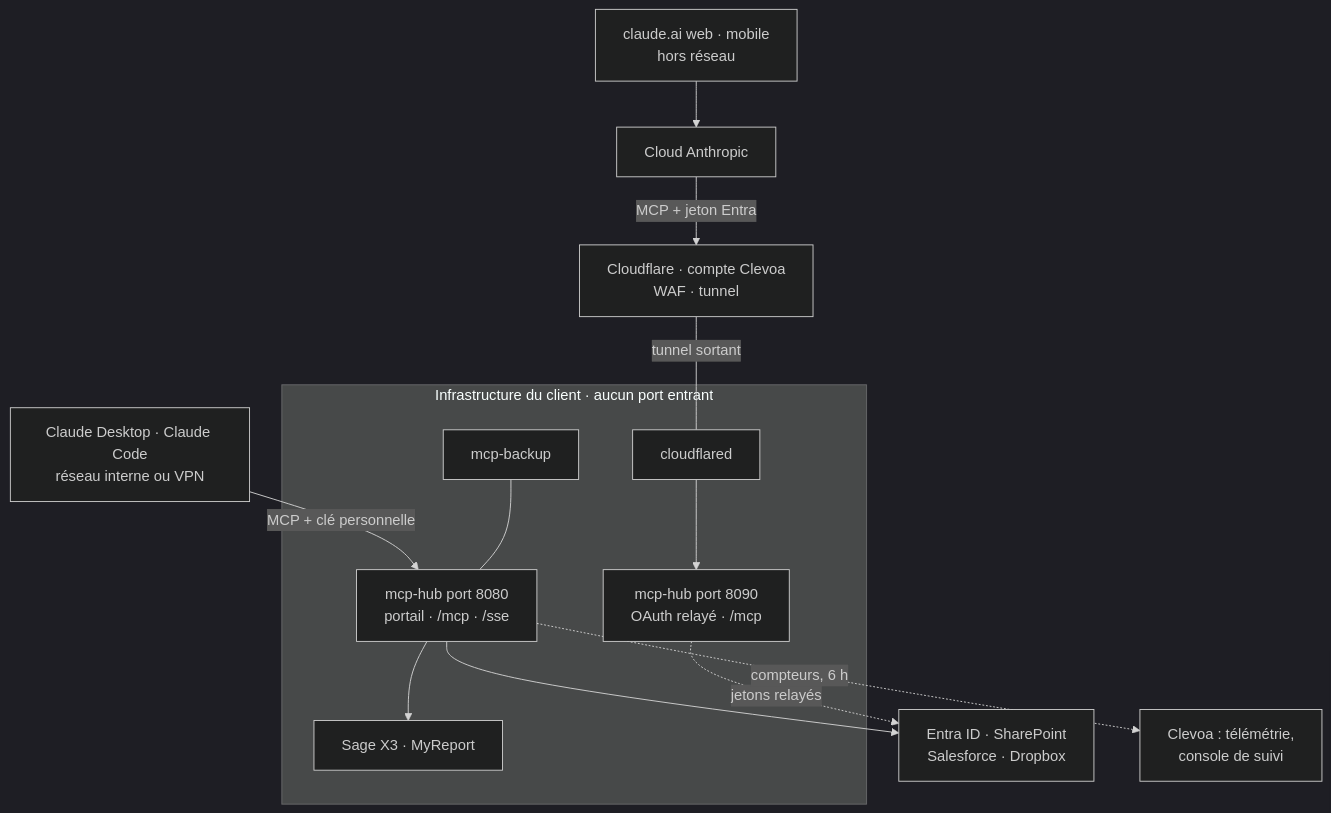
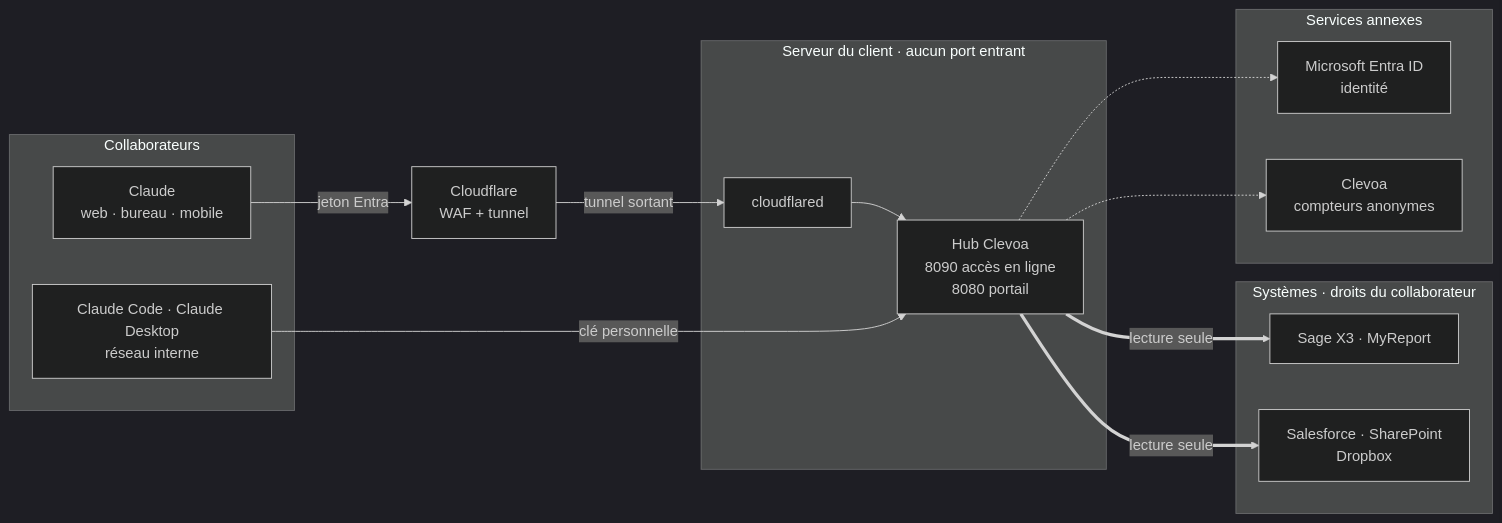
Before and after one commit to sirkazey/Clevoa-IA-gateway: the diagram in docs/developer/architecture.md, drawn with Mermaid (dark theme). The commit also changed other lines of this file, not shown here.

Commit message:
Architecture : schéma redessiné, lisible de gauche à droite
Collaborateurs → Cloudflare → serveur du client → systèmes, sans flèches croisées ; les deux entrées (8090 en ligne,
8080 interne) mènent au même hub et aux mêmes systèmes, ce que l'ancien schéma ne montrait pas.

Claude-Session: https://claude.ai/code/session_015c52nDZLyGDrQucef8cRgA

````diff
--- a/docs/developer/architecture.md
+++ b/docs/developer/architecture.md
@@ -11,24 +11,27 @@
 ```mermaid
-flowchart TB
-    D["Claude Desktop · Claude Code<br/>réseau interne ou VPN"]
-    M["claude.ai web · mobile<br/>hors réseau"]
-    C["Cloud Anthropic"]
-    T["Cloudflare · compte Clevoa<br/>WAF · tunnel"]
-    subgraph CH["Infrastructure du client · aucun port entrant"]
+flowchart LR
+    subgraph U["Collaborateurs"]
+        W["Claude<br/>web · bureau · mobile"]
+        D["Claude Code · Claude Desktop<br/>réseau interne"]
+    end
+    T["Cloudflare<br/>WAF + tunnel"]
+    subgraph CL["Serveur du client · aucun port entrant"]
         CD["cloudflared"]
-        P["mcp-hub port 8080<br/>portail · /mcp · /sse"]
-        O["mcp-hub port 8090<br/>OAuth relayé · /mcp"]
-        B["mcp-backup"]
+        H["Hub Clevoa<br/>8090 accès en ligne<br/>8080 portail"]
+    end
+    subgraph S["Systèmes · droits du collaborateur"]
         X3["Sage X3 · MyReport"]
+        SA["Salesforce · SharePoint<br/>Dropbox"]
     end
-    SAAS["Entra ID · SharePoint<br/>Salesforce · Dropbox"]
-    CL["Clevoa : télémétrie,<br/>console de suivi"]
-    D -->|"MCP + clé personnelle"| P
-    M --> C -->|"MCP + jeton Entra"| T
-    T ---|"tunnel sortant"| CD --> O
-    B --- P
-    P --> X3
-    P --> SAAS
-    O -.->|"jetons relayés"| SAAS
-    P -.->|"compteurs, 6 h"| CL
+    subgraph EXT["Services annexes"]
+        E["Microsoft Entra ID<br/>identité"]
+        CV["Clevoa<br/>compteurs anonymes"]
+    end
+
+    W -->|"jeton Entra"| T -->|"tunnel sortant"| CD --> H
+    D -->|"clé personnelle"| H
+    H ==>|"lecture seule"| X3
+    H ==>|"lecture seule"| SA
+    H -.-> E
+    H -.-> CV
 ```
````
